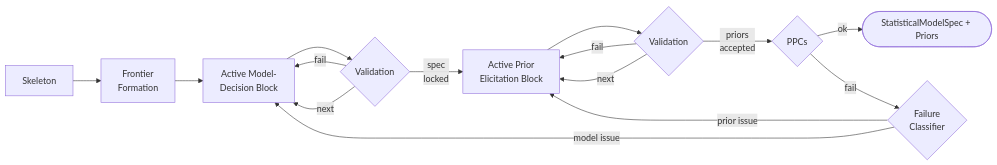
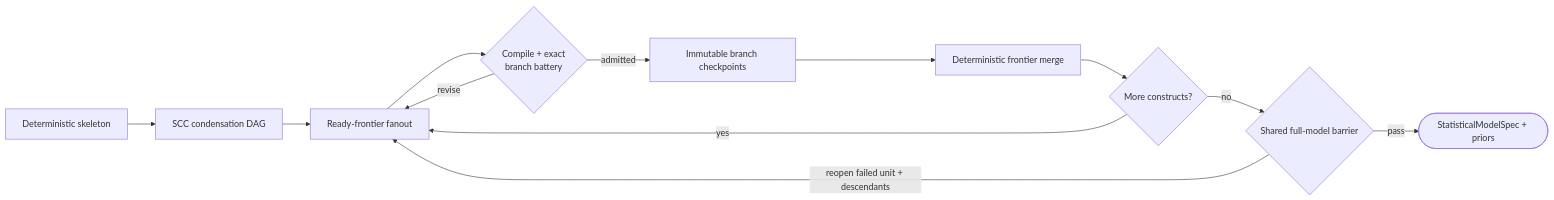
One commit to ma9o/causal-ssm-agent changed the diagram in docs/pipeline/statistical-model-spec.md. Above: the diagram before and after it, drawn with Mermaid. The commit also changed other lines of this file and 291 other files, not shown here.

````diff
--- a/docs/pipeline/statistical-model-spec.md
+++ b/docs/pipeline/statistical-model-spec.md
@@ -27,15 +27,14 @@
 ```mermaid
 flowchart LR
-    S[Skeleton] --> BF[Frontier\nFormation] --> MD[Active Model-\nDecision Block] --> CV{Validation}
-    CV -- "fail" --> MD
-    CV -- "next" --> MD
-    CV -- "spec\nlocked" --> PB[Active Prior\nElicitation Block]
-    PB --> BV{Validation}
-    BV -- "fail" --> PB
-    BV -- "next" --> PB
-    BV -- "priors\naccepted" --> GV{PPCs}
-    GV -- ok --> F([StatisticalModelSpec + Priors])
-    GV -- fail --> RR{Failure\nClassifier}
-    RR -- "model issue" --> MD
-    RR -- "prior issue" --> PB
+    S[Deterministic skeleton] --> O[SCC condensation DAG]
+    O --> P[Ready-frontier fanout]
+    P --> A{Compile + exact\nbranch battery}
+    A -- revise --> P
+    A -- admitted --> C[Immutable branch checkpoints]
+    C --> M[Deterministic frontier merge]
+    M --> N{More constructs?}
+    N -- yes --> P
+    N -- no --> B{Shared full-model barrier}
+    B -- reopen failed unit + descendants --> P
+    B -- pass --> F([StatisticalModelSpec + priors])
 ```
````
